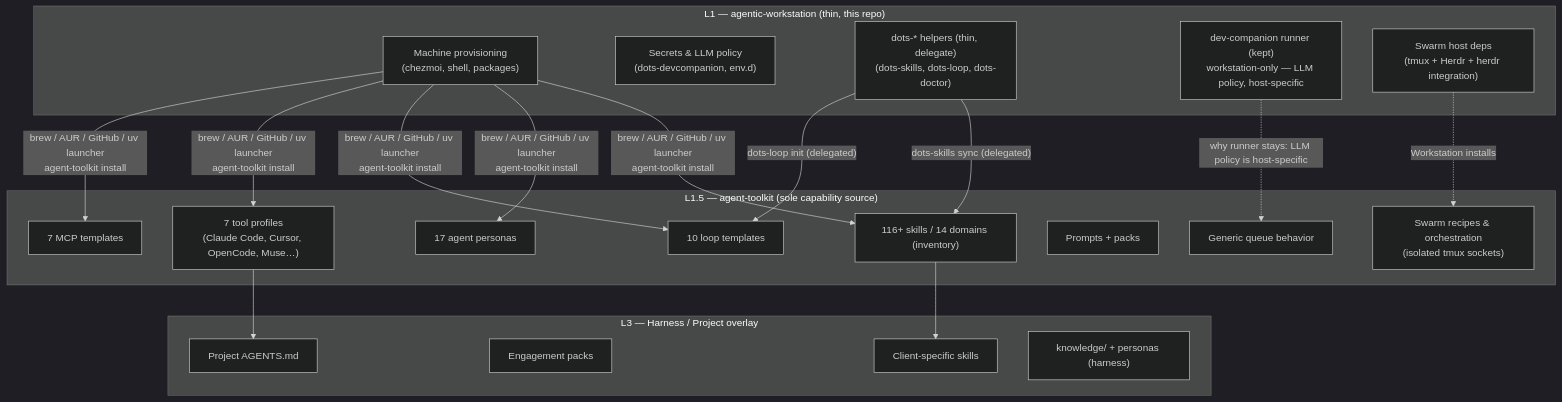
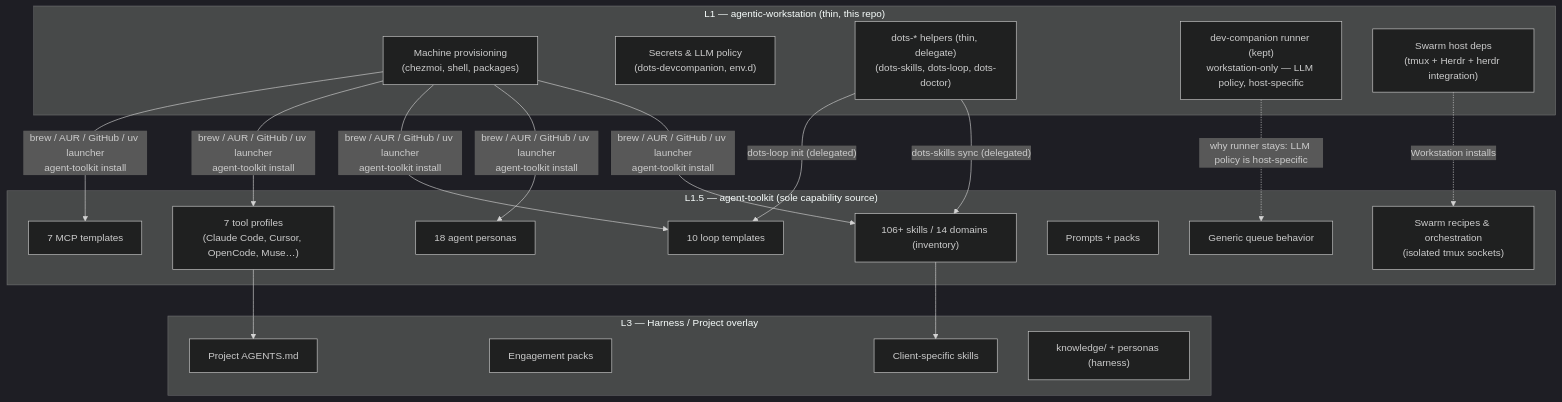
Before and after one commit to ulises-jeremias/agentic-workstation: the second of 2 diagrams in docs/ARCHITECTURE.md, drawn with Mermaid (dark theme). The commit also changed other lines of this file and 20 other files, not shown here.

````diff
--- a/docs/ARCHITECTURE.md
+++ b/docs/ARCHITECTURE.md
@@ -68,40 +68,40 @@
 ```mermaid
 graph TD
     subgraph "L1 — agentic-workstation (thin, this repo)"
         AW1["Machine provisioning<br/>(chezmoi, shell, packages)"]
         AW2["Secrets & LLM policy<br/>(dots-devcompanion, env.d)"]
         AW3["dots-* helpers (thin, delegate)<br/>(dots-skills, dots-loop, dots-doctor)"]
         AW4["dev-companion runner (kept)<br/>workstation-only — LLM policy, host-specific"]
         AW5["Swarm host deps<br/>(tmux + Herdr + herdr integration)"]
     end
 
     subgraph "L1.5 — agent-toolkit (sole capability source)"
-        AT1["116+ skills / 14 domains (inventory)"]
-        AT2["17 agent personas"]
+        AT1["106+ skills / 14 domains (inventory)"]
+        AT2["18 agent personas"]
         AT3["10 loop templates"]
         AT4["7 tool profiles<br/>(Claude Code, Cursor, OpenCode, Muse…)"]
         AT5["7 MCP templates"]
         AT6["Prompts + packs"]
         AT7["Swarm recipes & orchestration<br/>(isolated tmux sockets)"]
         AT8["Generic queue behavior"]
     end
 
     subgraph "L3 — Harness / Project overlay"
         PO1["Project AGENTS.md"]
         PO2["Engagement packs"]
         PO3["Client-specific skills"]
         PO4["knowledge/ + personas (harness)"]
     end
 
     AW1 -->|"brew / AUR / GitHub / uv launcher<br/>agent-toolkit install"| AT1
     AW1 -->|"brew / AUR / GitHub / uv launcher<br/>agent-toolkit install"| AT2
     AW1 -->|"brew / AUR / GitHub / uv launcher<br/>agent-toolkit install"| AT3
     AW1 -->|"brew / AUR / GitHub / uv launcher<br/>agent-toolkit install"| AT4
     AW1 -->|"brew / AUR / GitHub / uv launcher<br/>agent-toolkit install"| AT5
     AW5 -.->|"Workstation installs"| AT7
     AW3 -->|"dots-skills sync (delegated)"| AT1
     AW3 -->|"dots-loop init (delegated)"| AT3
     AW4 -.->|"why runner stays: LLM policy is host-specific"| AT8
     AT1 --> PO3
     AT4 --> PO1
 ```
````
